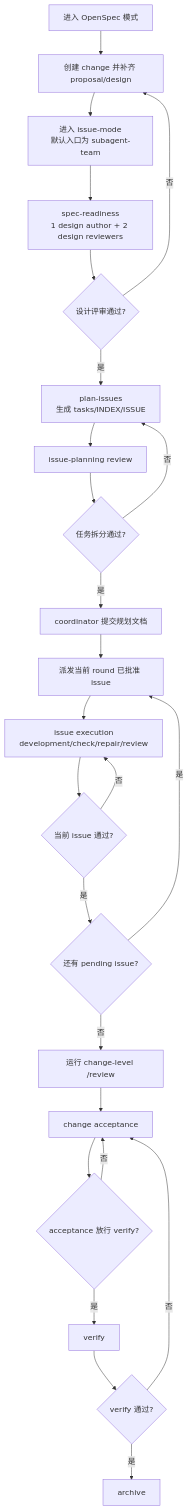
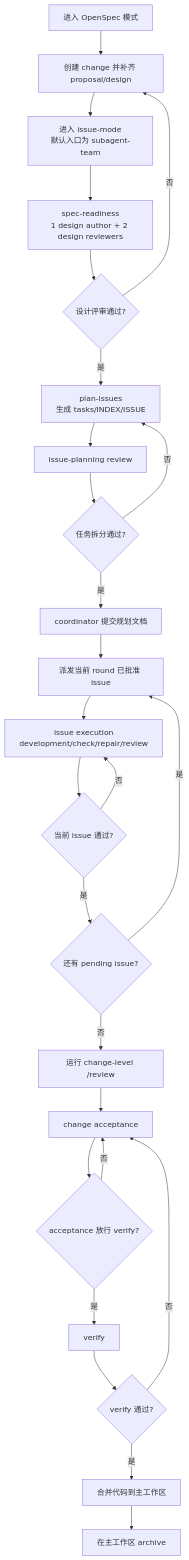
The second of 2 diagrams in README.md (pjhpeter/openspec-extensions), drawn with Mermaid before and after one commit. The commit also changed other lines of this file and 18 other files, not shown here.

````diff
--- a/README.md
+++ b/README.md
@@ -259,27 +262,28 @@
 ```mermaid
 flowchart TD
     A[进入 OpenSpec 模式] --> B[创建 change 并补齐 proposal/design]
     B --> C[进入 issue-mode<br/>默认入口为 subagent-team]
     C --> D[spec-readiness<br/>1 design author + 2 design reviewers]
     D --> E{设计评审通过?}
     E -- 否 --> B
     E -- 是 --> F[plan-issues<br/>生成 tasks/INDEX/ISSUE]
     F --> G[issue-planning review]
     G --> H{任务拆分通过?}
     H -- 否 --> F
     H -- 是 --> I[coordinator 提交规划文档]
     I --> J[派发当前 round 已批准 issue]
     J --> K[issue execution<br/>development/check/repair/review]
     K --> L{当前 issue 通过?}
     L -- 否 --> K
     L -- 是 --> M{还有 pending issue?}
     M -- 是 --> J
     M -- 否 --> N[运行 change-level /review]
     N --> O[change acceptance]
     O --> P{acceptance 放行 verify?}
     P -- 否 --> O
     P -- 是 --> Q[verify]
     Q --> R{verify 通过?}
     R -- 否 --> O
-    R -- 是 --> S[archive]
+    R -- 是 --> S[合并代码到主工作区]
+    S --> T[在主工作区 archive]
 ```
````
